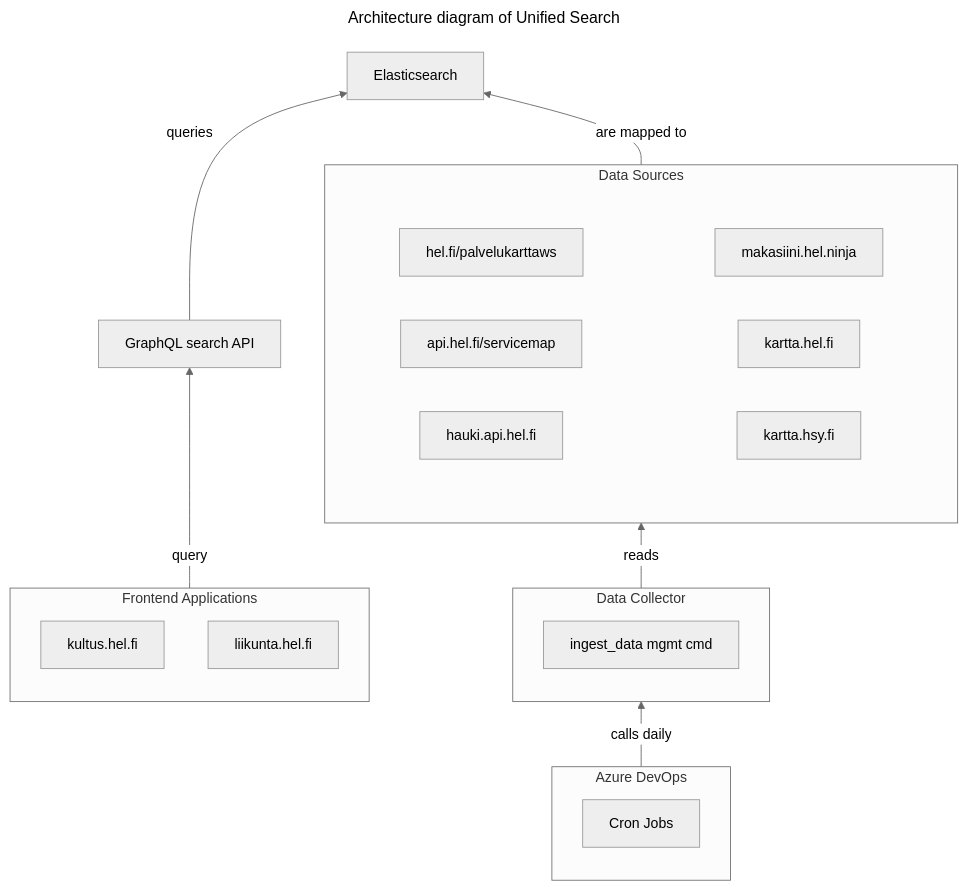
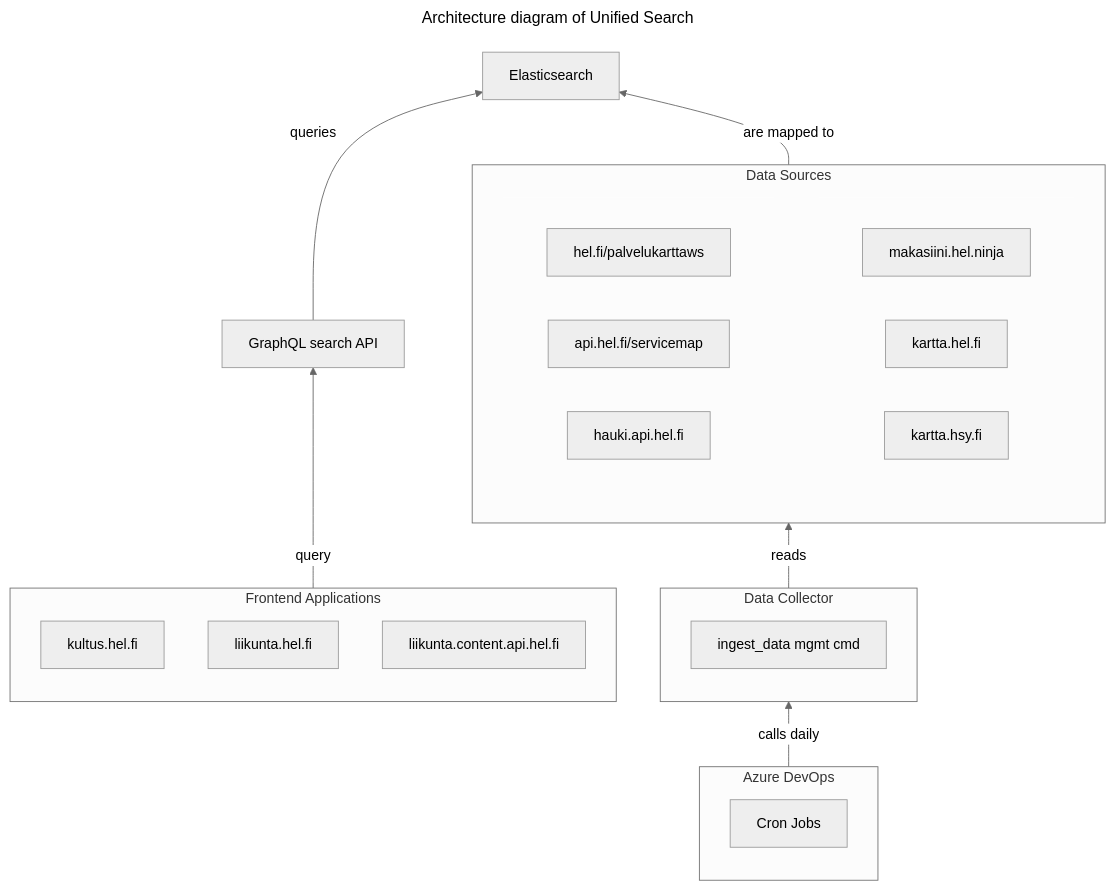
One commit to City-of-Helsinki/unified-search changed the diagram in README.md. Above: the diagram before and after it, drawn with Mermaid (neutral theme). The commit also changed other lines of this file, not shown here.

````diff
--- a/README.md
+++ b/README.md
@@ -49,38 +53,39 @@
 ```mermaid
 ---
 title: Architecture diagram of Unified Search
 ---
 flowchart BT
   subgraph DevOps["Azure DevOps"]
     CronJobs["Cron Jobs"]
   end
   subgraph Sources["Data Sources"]
     subgraph Group1[" "]
       Makasiini["makasiini.hel.ninja"]
       HelsinkiWFS["kartta.hel.fi"]
       HsyWFS["kartta.hsy.fi"]
     end
     subgraph Group2[" "]
       PalvelukarttaWS["hel.fi/palvelukarttaws"]
       ServiceMap["api.hel.fi/servicemap"]
       Hauki["hauki.api.hel.fi"]
     end
   end
   subgraph DataCollector["Data Collector"]
     IngestData["ingest_data mgmt cmd"]
   end
   subgraph Frontends["Frontend Applications"]
     Kultus["kultus.hel.fi"]
     Liikunta["liikunta.hel.fi"]
+    LiikuntaHeadlessCMS["liikunta.content.api.hel.fi"]
   end
   Elasticsearch
   GraphQL["GraphQL search API"]
 
   DevOps -- calls daily --> DataCollector
   DataCollector -- reads --> Sources -- are mapped to --> Elasticsearch
   GraphQL -- queries --> Elasticsearch
   Frontends -- query --> GraphQL
 
   style Group1 stroke-width:0
   style Group2 stroke-width:0
 ```
````
